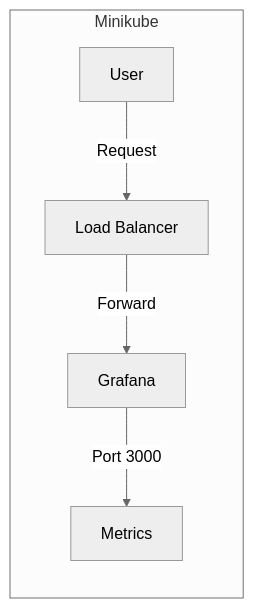
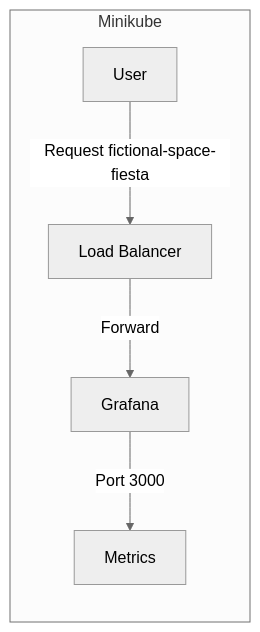
The diagram in FormulaMarkdown/50_loadbalancer.md (rifaterdemsahin/PrometheusAsDataSource), drawn with Mermaid (neutral theme) before and after one commit. The commit also changed 3 other files, not shown here.

````diff
--- a/FormulaMarkdown/50_loadbalancer.md
+++ b/FormulaMarkdown/50_loadbalancer.md
@@ -3,9 +3,9 @@
 ```mermaid
 graph TD
     subgraph Minikube
         direction TB
-        A[User] -->|Request| B[Load Balancer]
+        A[User] -->|Request fictional-space-fiesta | B[Load Balancer]
         B -->|Forward| C[Grafana]
         C -->|Port 3000| D[Metrics]
     end
 ```
````
